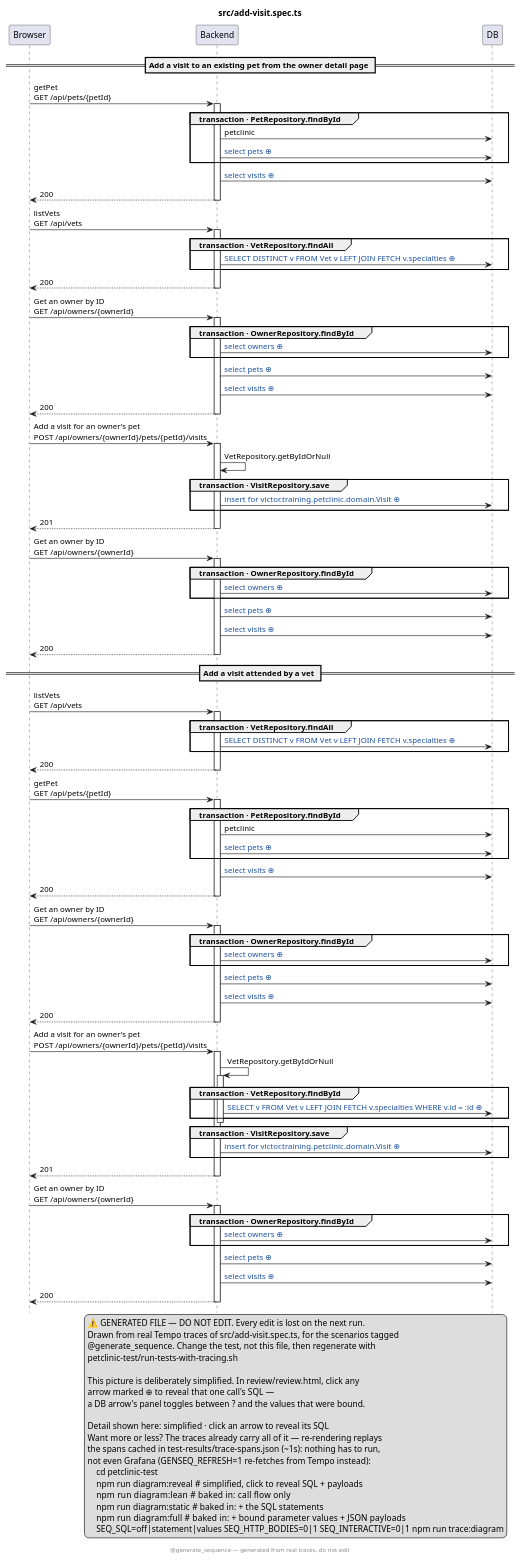
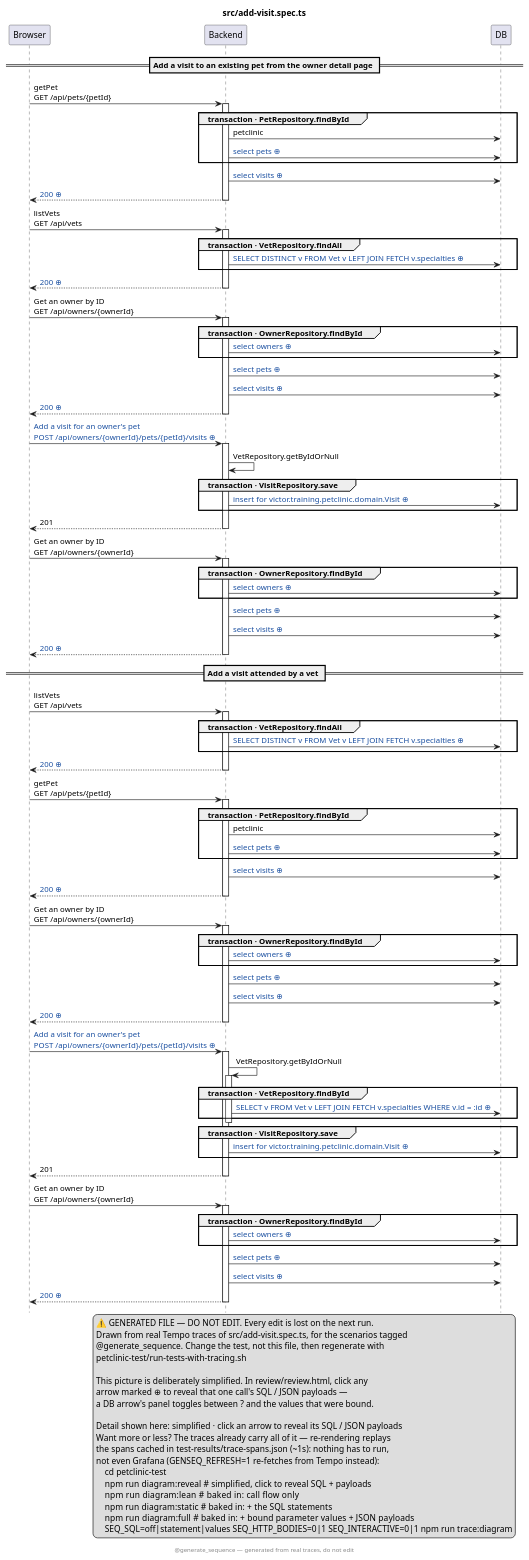
The diagram in petclinic-test/src/add-visit.spec.ts.genseq.puml (victorrentea/petclinic), drawn with PlantUML before and after one commit. The commit also changed 7 other files, not shown here.

First line of the commit message:
fix(genseq): stop withholding the payloads a click would have shown

```diff
--- a/petclinic-test/src/add-visit.spec.ts.genseq.puml
+++ b/petclinic-test/src/add-visit.spec.ts.genseq.puml
@@ -1,123 +1,123 @@
 @startuml
 ' ⚠️  GENERATED FILE — DO NOT EDIT. Every edit is lost on the next run.
 hide footbox
 skinparam hyperlinkUnderline false
 skinparam hyperlinkColor #1A4FA0
 title src/add-visit.spec.ts
 legend right
   ⚠️  GENERATED FILE — DO NOT EDIT. Every edit is lost on the next run.
   Drawn from real Tempo traces of src/add-visit.spec.ts, for the scenarios tagged
   @generate_sequence. Change the test, not this file, then regenerate with
   petclinic-test/run-tests-with-tracing.sh
  
   This picture is deliberately simplified. In review/review.html, click any
-  arrow marked ⊕ to reveal that one call's SQL —
+  arrow marked ⊕ to reveal that one call's SQL / JSON payloads —
   a DB arrow's panel toggles between ? and the values that were bound.
  
-  Detail shown here: simplified · click an arrow to reveal its SQL
+  Detail shown here: simplified · click an arrow to reveal its SQL / JSON payloads
   Want more or less? The traces already carry all of it — re-rendering replays
   the spans cached in test-results/trace-spans.json (~1s): nothing has to run,
   not even Grafana (GENSEQ_REFRESH=1 re-fetches from Tempo instead):
       cd petclinic-test
       npm run diagram:reveal  # simplified, click to reveal SQL + payloads
       npm run diagram:lean    # baked in: call flow only
       npm run diagram:static  # baked in: + the SQL statements
       npm run diagram:full    # baked in: + bound parameter values + JSON payloads
       SEQ_SQL=off|statement|values SEQ_HTTP_BODIES=0|1 SEQ_INTERACTIVE=0|1 npm run trace:diagram
 end legend
 footer @generate_sequence — generated from real traces, do not edit
 participant Browser
 participant Backend
 participant DB
 == Add a visit to an existing pet from the owner detail page ==
 Browser -> Backend: getPet\nGET /api/pets/{petId}
 activate Backend
 group transaction · PetRepository.findById
 Backend -> DB: petclinic
 Backend -> DB: [[genseq://0jw0huv{Click for the statement behind this call} select pets ⊕]]
 end
 Backend -> DB: [[genseq://1bcshtp{Click for the statement behind this call} select visits ⊕]]
-Backend --> Browser: 200
+Backend --> Browser: [[genseq://0bndstg{Click for this call’s JSON body} 200 ⊕]]
 deactivate Backend
 Browser -> Backend: listVets\nGET /api/vets
 activate Backend
 group transaction · VetRepository.findAll
 Backend -> DB: [[genseq://0p6yxbc{Click for the statement behind this call} SELECT DISTINCT v FROM Vet v LEFT JOIN FETCH v.specialties ⊕]]
 end
-Backend --> Browser: 200
+Backend --> Browser: [[genseq://1nmg2oo{Click for this call’s JSON body} 200 ⊕]]
 deactivate Backend
 Browser -> Backend: Get an owner by ID\nGET /api/owners/{ownerId}
 activate Backend
 group transaction · OwnerRepository.findById
 Backend -> DB: [[genseq://0totfe9{Click for the statement behind this call} select owners ⊕]]
 end
 Backend -> DB: [[genseq://1hjadar{Click for the statement behind this call} select pets ⊕]]
 Backend -> DB: [[genseq://1bcshtp{Click for the statement behind this call} select visits ⊕]]
-Backend --> Browser: 200
+Backend --> Browser: [[genseq://0jsyduh{Click for this call’s JSON body} 200 ⊕]]
 deactivate Backend
-Browser -> Backend: Add a visit for an owner's pet\nPOST /api/owners/{ownerId}/pets/{petId}/visits
+Browser -> Backend: [[genseq://1ojym9m{Click for this call’s JSON body} Add a visit for an owner's pet\nPOST /api/owners/{ownerId}/pets/{petId}/visits ⊕]]
 activate Backend
 Backend -> Backend: VetRepository.getByIdOrNull
 group transaction · VisitRepository.save
 Backend -> DB: [[genseq://1c1k1r4{Click for the statement behind this call} insert for victor.training.petclinic.domain.Visit ⊕]]
 end
 Backend --> Browser: 201
 deactivate Backend
 Browser -> Backend: Get an owner by ID\nGET /api/owners/{ownerId}
 activate Backend
 group transaction · OwnerRepository.findById
 Backend -> DB: [[genseq://0totfe9{Click for the statement behind this call} select owners ⊕]]
 end
 Backend -> DB: [[genseq://1hjadar{Click for the statement behind this call} select pets ⊕]]
 Backend -> DB: [[genseq://1bcshtp{Click for the statement behind this call} select visits ⊕]]
-Backend --> Browser: 200
+Backend --> Browser: [[genseq://1tf3ndz{Click for this call’s JSON body} 200 ⊕]]
 deactivate Backend
 == Add a visit attended by a vet ==
 Browser -> Backend: listVets\nGET /api/vets
 activate Backend
 group transaction · VetRepository.findAll
 Backend -> DB: [[genseq://0p6yxbc{Click for the statement behind this call} SELECT DISTINCT v FROM Vet v LEFT JOIN FETCH v.specialties ⊕]]
 end
-Backend --> Browser: 200
+Backend --> Browser: [[genseq://1nmg2oo{Click for this call’s JSON body} 200 ⊕]]
 deactivate Backend
 Browser -> Backend: getPet\nGET /api/pets/{petId}
 activate Backend
 group transaction · PetRepository.findById
 Backend -> DB: petclinic
 Backend -> DB: [[genseq://0jw0huv{Click for the statement behind this call} select pets ⊕]]
 end
 Backend -> DB: [[genseq://1bcshtp{Click for the statement behind this call} select visits ⊕]]
-Backend --> Browser: 200
+Backend --> Browser: [[genseq://10p6voz{Click for this call’s JSON body} 200 ⊕]]
 deactivate Backend
 Browser -> Backend: Get an owner by ID\nGET /api/owners/{ownerId}
 activate Backend
 group transaction · OwnerRepository.findById
 Backend -> DB: [[genseq://0totfe9{Click for the statement behind this call} select owners ⊕]]
 end
 Backend -> DB: [[genseq://1hjadar{Click for the statement behind this call} select pets ⊕]]
 Backend -> DB: [[genseq://1bcshtp{Click for the statement behind this call} select visits ⊕]]
-Backend --> Browser: 200
+Backend --> Browser: [[genseq://14jw4b0{Click for this call’s JSON body} 200 ⊕]]
 deactivate Backend
-Browser -> Backend: Add a visit for an owner's pet\nPOST /api/owners/{ownerId}/pets/{petId}/visits
+Browser -> Backend: [[genseq://1vhb2lv{Click for this call’s JSON body} Add a visit for an owner's pet\nPOST /api/owners/{ownerId}/pets/{petId}/visits ⊕]]
 activate Backend
 Backend -> Backend: VetRepository.getByIdOrNull
 activate Backend
 group transaction · VetRepository.findById
 Backend -> DB: [[genseq://0zykq1t{Click for the statement behind this call} SELECT v FROM Vet v LEFT JOIN FETCH v.specialties WHERE v.id = :id ⊕]]
 end
 deactivate Backend
 group transaction · VisitRepository.save
 Backend -> DB: [[genseq://0rsu536{Click for the statement behind this call} insert for victor.training.petclinic.domain.Visit ⊕]]
 end
 Backend --> Browser: 201
 deactivate Backend
 Browser -> Backend: Get an owner by ID\nGET /api/owners/{ownerId}
 activate Backend
 group transaction · OwnerRepository.findById
 Backend -> DB: [[genseq://0totfe9{Click for the statement behind this call} select owners ⊕]]
 end
 Backend -> DB: [[genseq://1hjadar{Click for the statement behind this call} select pets ⊕]]
 Backend -> DB: [[genseq://1bcshtp{Click for the statement behind this call} select visits ⊕]]
-Backend --> Browser: 200
+Backend --> Browser: [[genseq://0zvguq6{Click for this call’s JSON body} 200 ⊕]]
 deactivate Backend
 @enduml
```
